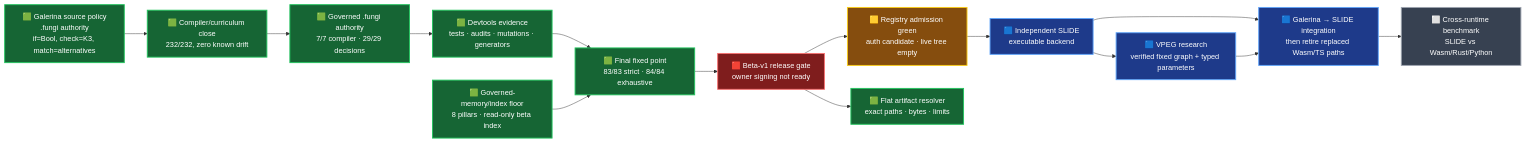
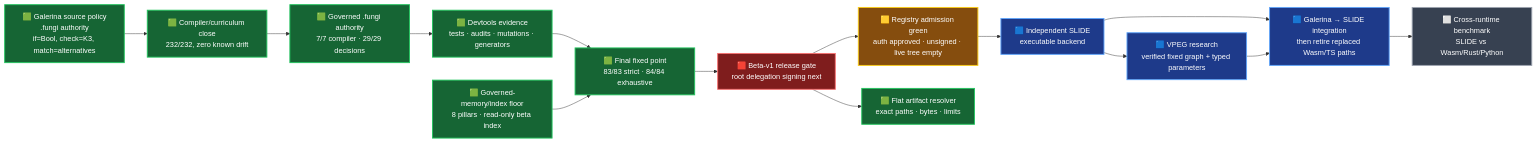
One commit to TritHypha/Deveolpment-runtime-fungi-gate changed the diagram in docs/roadmap-2026-07-29-galerina-beta-v1-to-slide.md. Above: the diagram before and after it, drawn with Mermaid. The commit also changed other lines of this file and 16 other files, not shown here.

Commit message:
security(registry): prepare production signing ceremony

````diff
--- a/docs/roadmap-2026-07-29-galerina-beta-v1-to-slide.md
+++ b/docs/roadmap-2026-07-29-galerina-beta-v1-to-slide.md
@@ -22,34 +22,34 @@
 ```mermaid
 flowchart LR
     A["🟩 Galerina source policy<br/>.fungi authority<br/>if=Bool, check=K3, match=alternatives"]
     B["🟩 Compiler/curriculum close<br/>232/232, zero known drift"]
     C["🟩 Governed .fungi authority<br/>7/7 compiler · 29/29 decisions"]
     D["🟩 Devtools evidence<br/>tests · audits · mutations · generators"]
     E["🟩 Final fixed point<br/>83/83 strict · 84/84 exhaustive"]
-    F["🟥 Beta-v1 release gate<br/>owner signing not ready"]
-    G["🟨 Registry admission green<br/>auth candidate · live tree empty"]
+    F["🟥 Beta-v1 release gate<br/>root delegation signing next"]
+    G["🟨 Registry admission green<br/>auth approved · unsigned · live tree empty"]
     H["🟦 Independent SLIDE<br/>executable backend"]
     I["🟦 Galerina → SLIDE integration<br/>then retire replaced Wasm/TS paths"]
     J["⬜ Cross-runtime benchmark<br/>SLIDE vs Wasm/Rust/Python"]
     P["🟩 Flat artifact resolver<br/>exact paths · bytes · limits"]
     M["🟦 VPEG research<br/>verified fixed graph + typed parameters"]
     Z["🟩 Governed-memory/index floor<br/>8 pillars · read-only beta index"]
 
     A --> B --> C --> D --> E --> F --> G --> H --> I --> J
     Z --> E
     F --> P
     H --> M
     M --> I
 
     classDef green fill:#166534,color:#ffffff,stroke:#22c55e,stroke-width:2px;
     classDef amber fill:#854d0e,color:#ffffff,stroke:#facc15,stroke-width:2px;
     classDef red fill:#7f1d1d,color:#ffffff,stroke:#f87171,stroke-width:2px;
     classDef blue fill:#1e3a8a,color:#ffffff,stroke:#60a5fa,stroke-width:2px;
     classDef grey fill:#374151,color:#ffffff,stroke:#9ca3af,stroke-width:2px;
     class A,B,C,D,E,Z green;
     class F red;
     class G amber;
     class H,I,M blue;
     class P green;
     class J grey;
 ```
````
